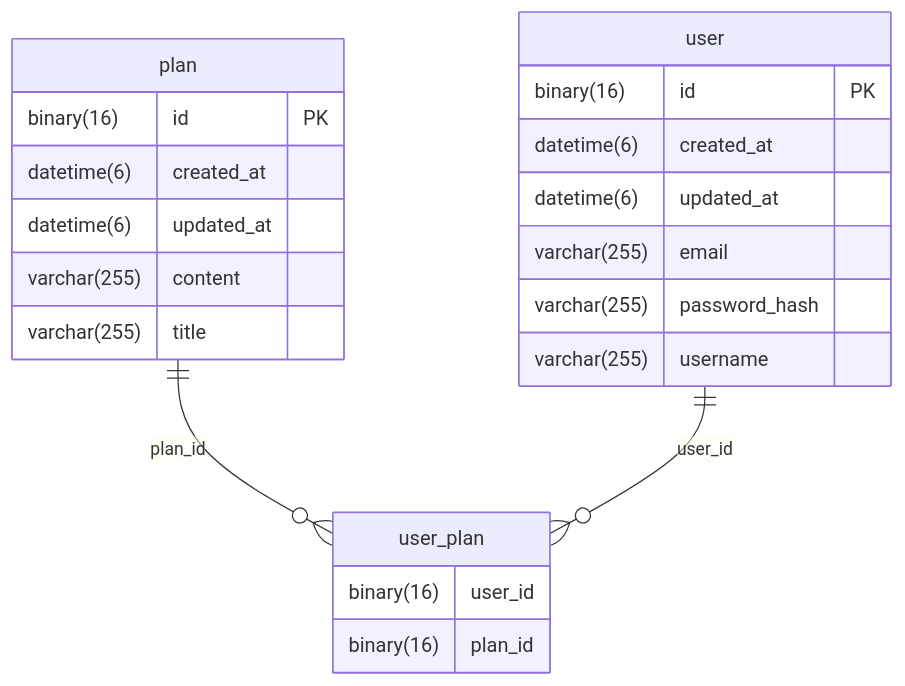
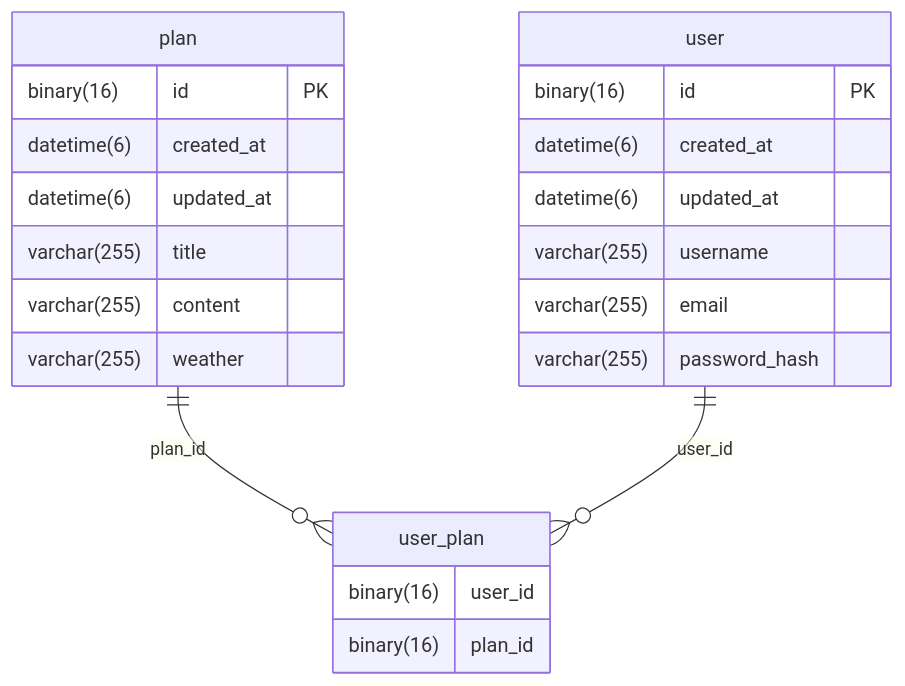
Before and after one commit to 34-43/PlannerService: the diagram in README.md, drawn with Mermaid. The commit also changed other lines of this file, not shown here.

````diff
--- a/README.md
+++ b/README.md
@@ -46,25 +238,26 @@
 ```mermaid
 erDiagram
     plan {
-	     binary(16) id PK
+	   binary(16) id PK
        datetime(6) created_at
        datetime(6) updated_at
+       varchar(255) title
        varchar(255) content
-       varchar(255) title
+       varchar(255) weather
     }
     user {
        binary(16) id PK
        datetime(6) created_at
        datetime(6) updated_at
+       varchar(255) username
        varchar(255) email
        varchar(255) password_hash
-       varchar(255) username
     }
     user_plan {
        binary(16) user_id
        binary(16) plan_id
     }
     
     plan  ||--o{  user_plan : plan_id
     user  ||--o{  user_plan : user_id
 ```
````
